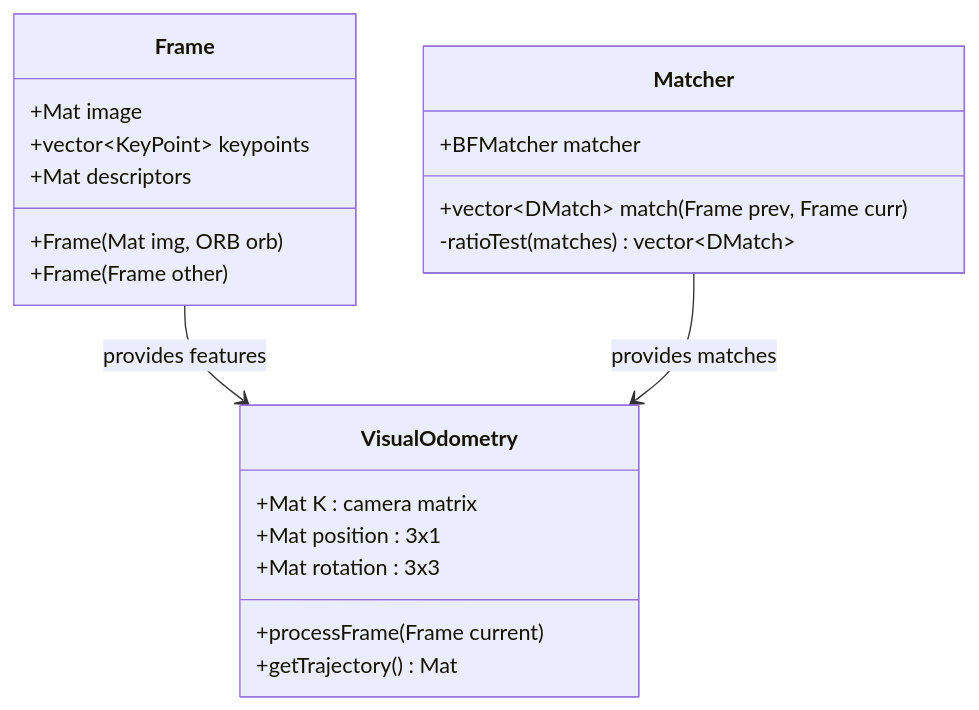
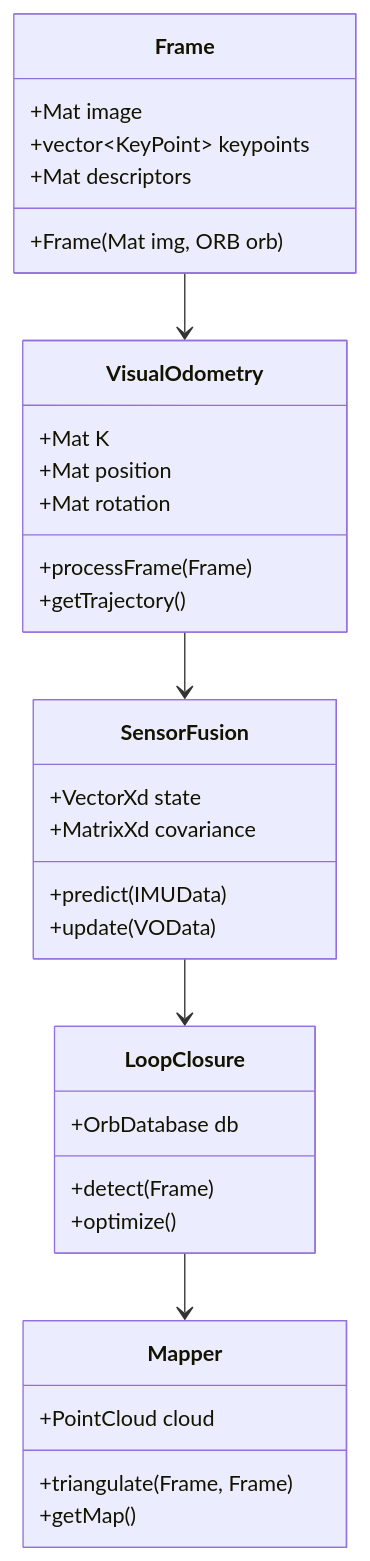
Before and after one commit to robertteleng/aria-slam: the fourth of 10 diagrams in README.md, drawn with Mermaid. The commit also changed other lines of this file and 2 other files, not shown here.

````diff
--- a/README.md
+++ b/README.md
@@ -191,27 +194,41 @@
 ```mermaid
 classDiagram
     class Frame {
         +Mat image
         +vector~KeyPoint~ keypoints
         +Mat descriptors
         +Frame(Mat img, ORB orb)
-        +Frame(Frame other)
     }
     
     class VisualOdometry {
-        +Mat K : camera matrix
-        +Mat position : 3x1
-        +Mat rotation : 3x3
-        +processFrame(Frame current)
-        +getTrajectory() Mat
+        +Mat K
+        +Mat position
+        +Mat rotation
+        +processFrame(Frame)
+        +getTrajectory()
     }
     
-    class Matcher {
-        +BFMatcher matcher
-        +vector~DMatch~ match(Frame prev, Frame curr)
-        -ratioTest(matches) vector~DMatch~
+    class SensorFusion {
+        +VectorXd state
+        +MatrixXd covariance
+        +predict(IMUData)
+        +update(VOData)
     }
     
-    Frame --> VisualOdometry : provides features
-    Matcher --> VisualOdometry : provides matches
+    class LoopClosure {
+        +OrbDatabase db
+        +detect(Frame)
+        +optimize()
+    }
+    
+    class Mapper {
+        +PointCloud cloud
+        +triangulate(Frame, Frame)
+        +getMap()
+    }
+    
+    Frame --> VisualOdometry
+    VisualOdometry --> SensorFusion
+    SensorFusion --> LoopClosure
+    LoopClosure --> Mapper
 ```
````
